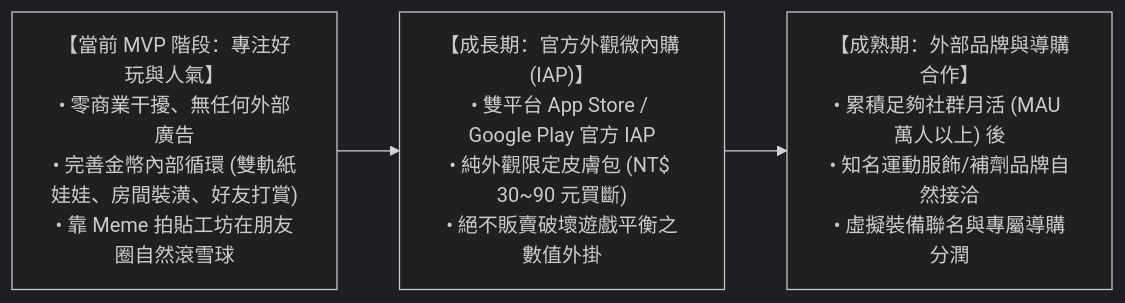
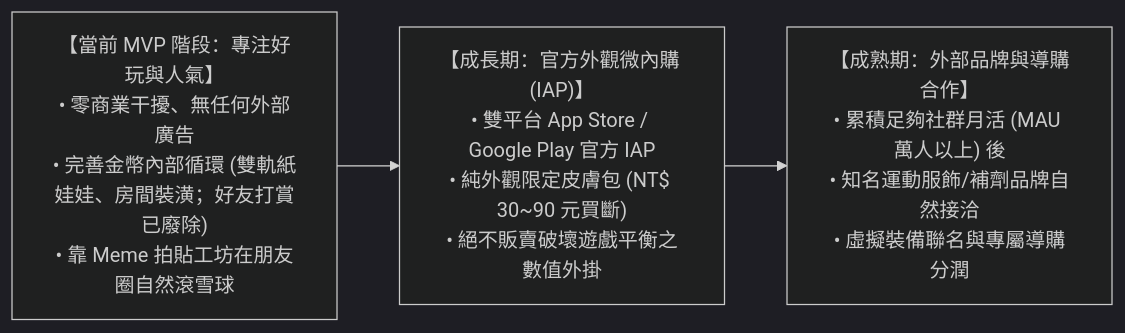
The diagram in llm-wiki/wiki/business_model.md (yuchienw/Fitmon), drawn with Mermaid (dark theme) before and after one commit. The commit also changed other lines of this file, not shown here.

````diff
--- a/llm-wiki/wiki/business_model.md
+++ b/llm-wiki/wiki/business_model.md
@@ -11,10 +11,10 @@
 ```mermaid
 flowchart LR
-    Phase1["【當前 MVP 階段：專注好玩與人氣】\n• 零商業干擾、無任何外部廣告\n• 完善金幣內部循環 (雙軌紙娃娃、房間裝潢、好友打賞)\n• 靠 Meme 拍貼工坊在朋友圈自然滾雪球"]
+    Phase1["【當前 MVP 階段：專注好玩與人氣】\n• 零商業干擾、無任何外部廣告\n• 完善金幣內部循環 (雙軌紙娃娃、房間裝潢；好友打賞已廢除)\n• 靠 Meme 拍貼工坊在朋友圈自然滾雪球"]
     
     Phase2["【成長期：官方外觀微內購 (IAP)】\n• 雙平台 App Store / Google Play 官方 IAP\n• 純外觀限定皮膚包 (NT$ 30~90 元買斷)\n• 絕不販賣破壞遊戲平衡之數值外掛"]
 
     Phase3["【成熟期：外部品牌與導購合作】\n• 累積足夠社群月活 (MAU 萬人以上) 後\n• 知名運動服飾/補劑品牌自然接洽\n• 虛擬裝備聯名與專屬導購分潤"]
 
     Phase1 --> Phase2 --> Phase3
 ```
````
